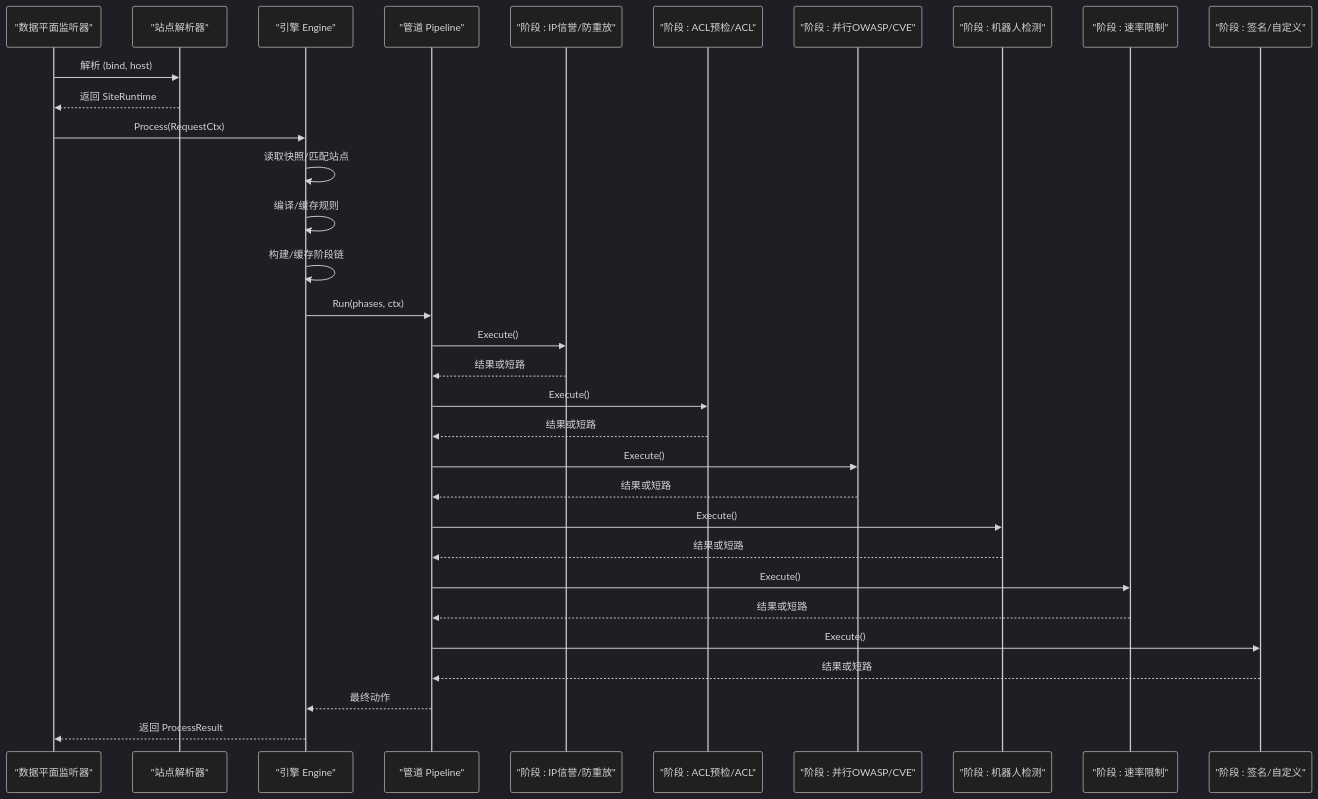
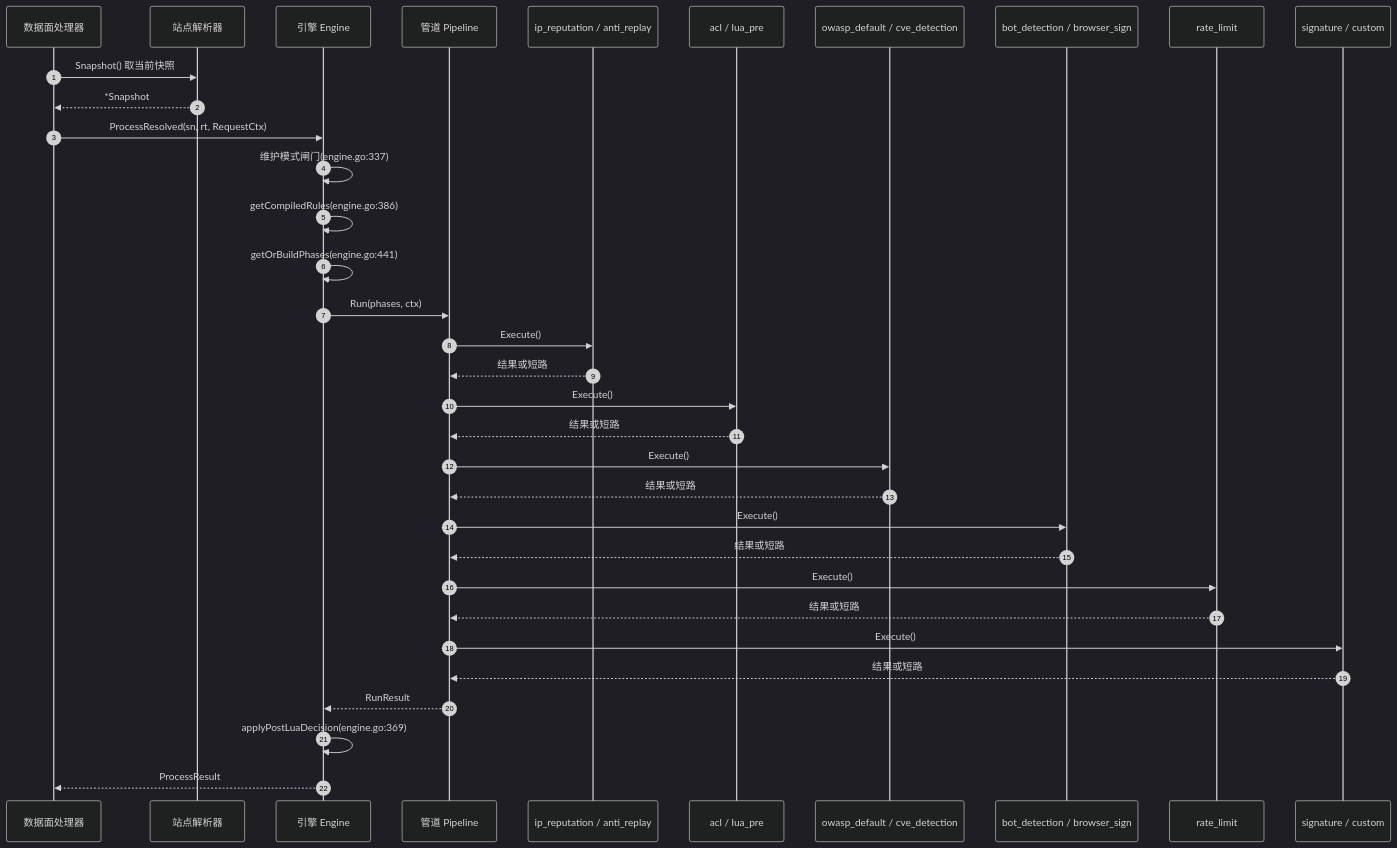
Before and after one commit to x01n/My-OpenWaf: the second of 3 diagrams in docs/WAF 引擎系统/引擎核心架构/引擎核心架构.md, drawn with Mermaid (dark theme). The commit also changed other lines of this file and 622 other files, not shown here.

````diff
--- a/docs/WAF 引擎系统/引擎核心架构/引擎核心架构.md
+++ b/docs/WAF 引擎系统/引擎核心架构/引擎核心架构.md
@@ -127,34 +167,36 @@
 ```mermaid
 sequenceDiagram
-participant DP as "数据平面监听器"
-participant RES as "站点解析器"
-participant ENG as "引擎 Engine"
-participant PIPE as "管道 Pipeline"
-participant PH1 as "阶段 : IP信誉/防重放"
-participant PH2 as "阶段 : ACL预检/ACL"
-participant PH3 as "阶段 : 并行OWASP/CVE"
-participant PH4 as "阶段 : 机器人检测"
-participant PH5 as "阶段 : 速率限制"
-participant PH6 as "阶段 : 签名/自定义"
-DP->>RES : 解析 (bind, host)
-RES-->>DP : 返回 SiteRuntime
-DP->>ENG : Process(RequestCtx)
-ENG->>ENG : 读取快照/匹配站点
-ENG->>ENG : 编译/缓存规则
-ENG->>ENG : 构建/缓存阶段链
+autonumber
+participant DP as 数据面处理器
+participant RES as 站点解析器
+participant ENG as 引擎 Engine
+participant PIPE as 管道 Pipeline
+participant PH1 as ip_reputation / anti_replay
+participant PH2 as acl / lua_pre
+participant PH3 as owasp_default / cve_detection
+participant PH4 as bot_detection / browser_sign
+participant PH5 as rate_limit
+participant PH6 as signature / custom
+DP->>RES : Snapshot() 取当前快照
+RES-->>DP : *Snapshot
+DP->>ENG : ProcessResolved(sn, rt, RequestCtx)
+ENG->>ENG : 维护模式闸门(engine.go:337)
+ENG->>ENG : getCompiledRules(engine.go:386)
+ENG->>ENG : getOrBuildPhases(engine.go:441)
 ENG->>PIPE : Run(phases, ctx)
 PIPE->>PH1 : Execute()
 PH1-->>PIPE : 结果或短路
 PIPE->>PH2 : Execute()
 PH2-->>PIPE : 结果或短路
 PIPE->>PH3 : Execute()
 PH3-->>PIPE : 结果或短路
 PIPE->>PH4 : Execute()
 PH4-->>PIPE : 结果或短路
 PIPE->>PH5 : Execute()
 PH5-->>PIPE : 结果或短路
 PIPE->>PH6 : Execute()
 PH6-->>PIPE : 结果或短路
-PIPE-->>ENG : 最终动作
-ENG-->>DP : 返回 ProcessResult
+PIPE-->>ENG : RunResult
+ENG->>ENG : applyPostLuaDecision(engine.go:369)
+ENG-->>DP : ProcessResult
 ```
````
